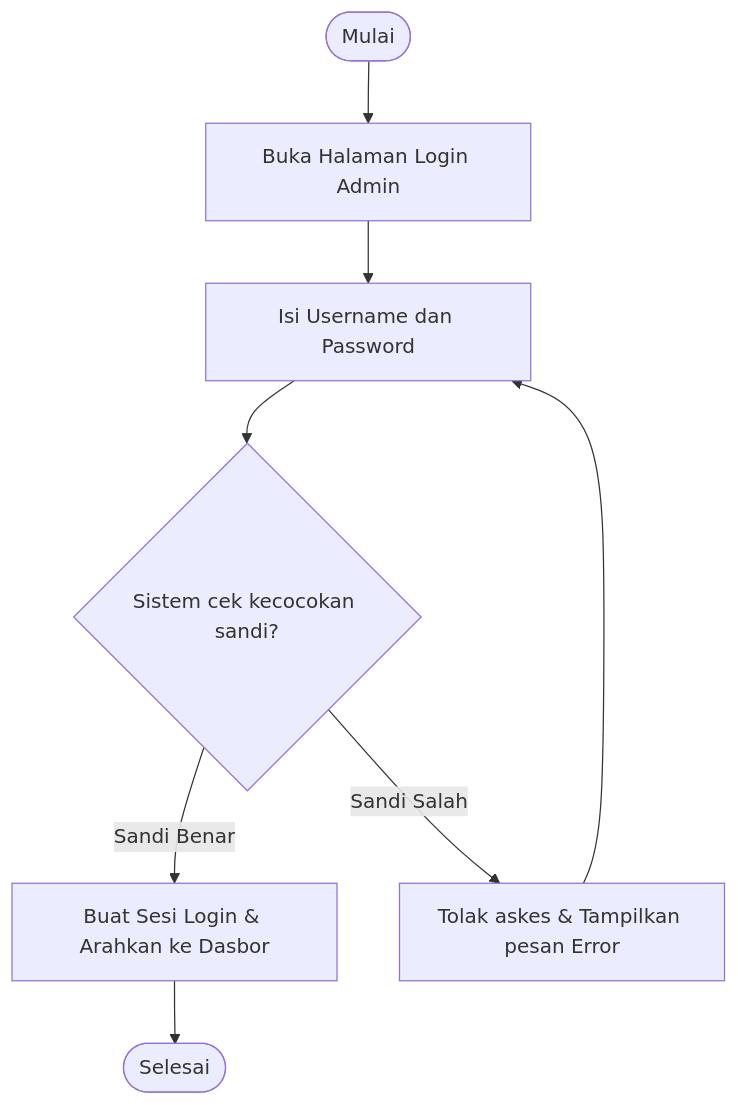
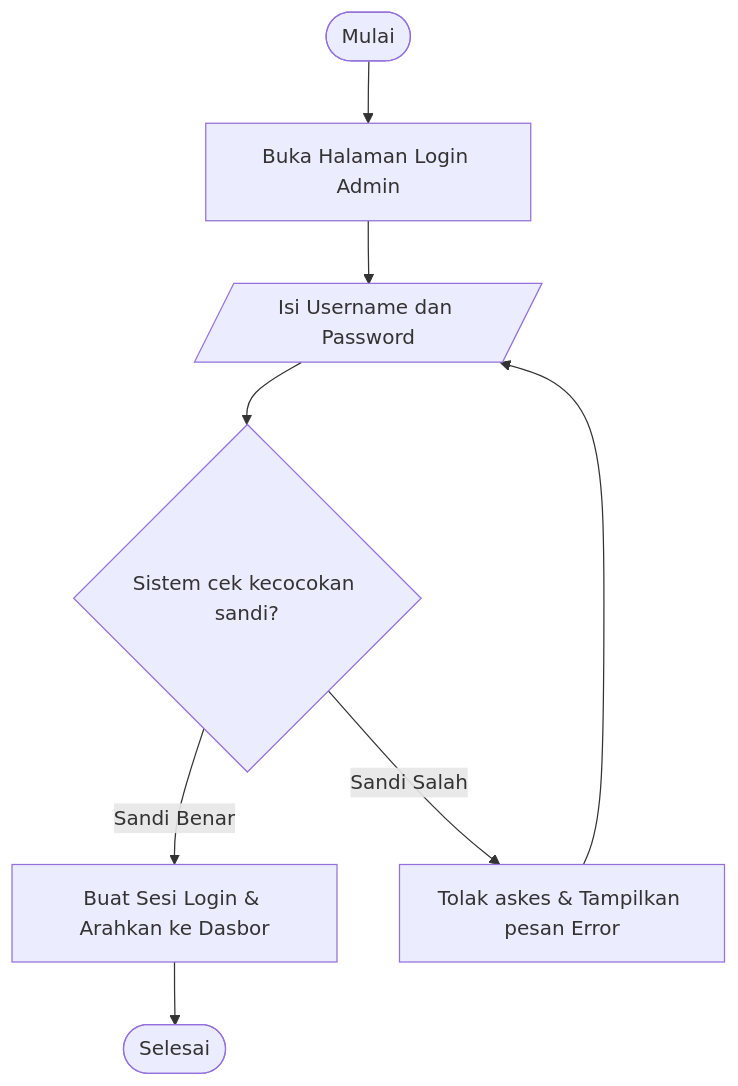
Before and after one commit to arbain-dev/Web_fikom: the first of 4 diagrams in docs/kumpulan_activity_admin.md, drawn with Mermaid. The commit also changed other lines of this file and 2 other files, not shown here.

Commit message:
docs: perbaiki bentuk IO pada flowchart

````diff
--- a/docs/kumpulan_activity_admin.md
+++ b/docs/kumpulan_activity_admin.md
@@ -13,12 +13,12 @@
 ```mermaid
 flowchart TD
     A([Mulai]) --> B[Buka Halaman Login Admin]
-    B --> C[Isi Username dan Password]
+    B --> C[/Isi Username dan Password/]
     C --> D{Sistem cek kecocokan sandi?}
     
     D -- Sandi Benar --> E[Buat Sesi Login & Arahkan ke Dasbor]
     D -- Sandi Salah --> F[Tolak askes & Tampilkan pesan Error]
     
     F --> C
     E --> G([Selesai])
 ```
````
